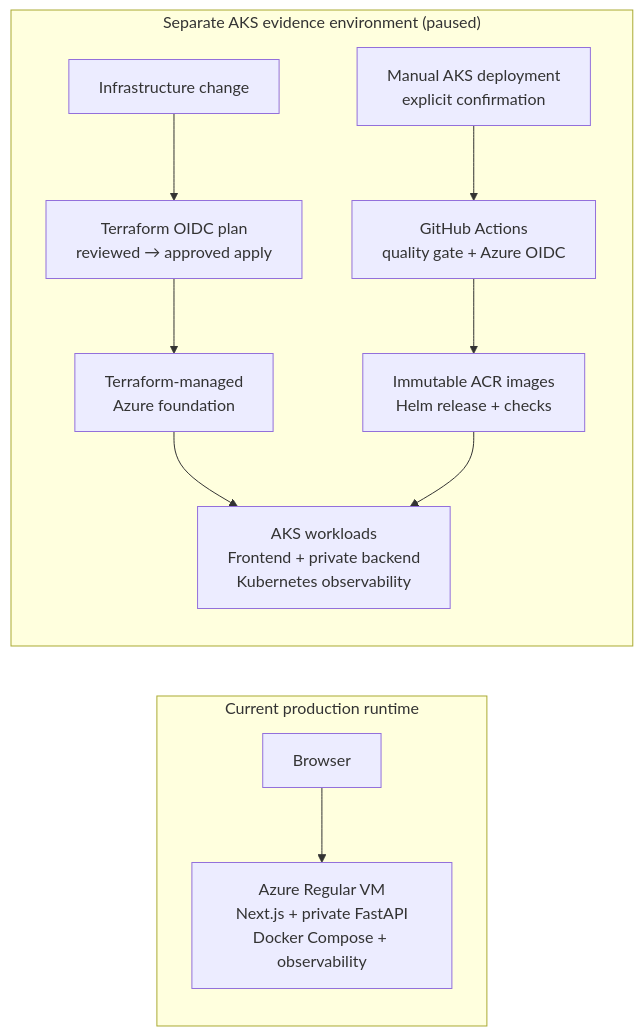
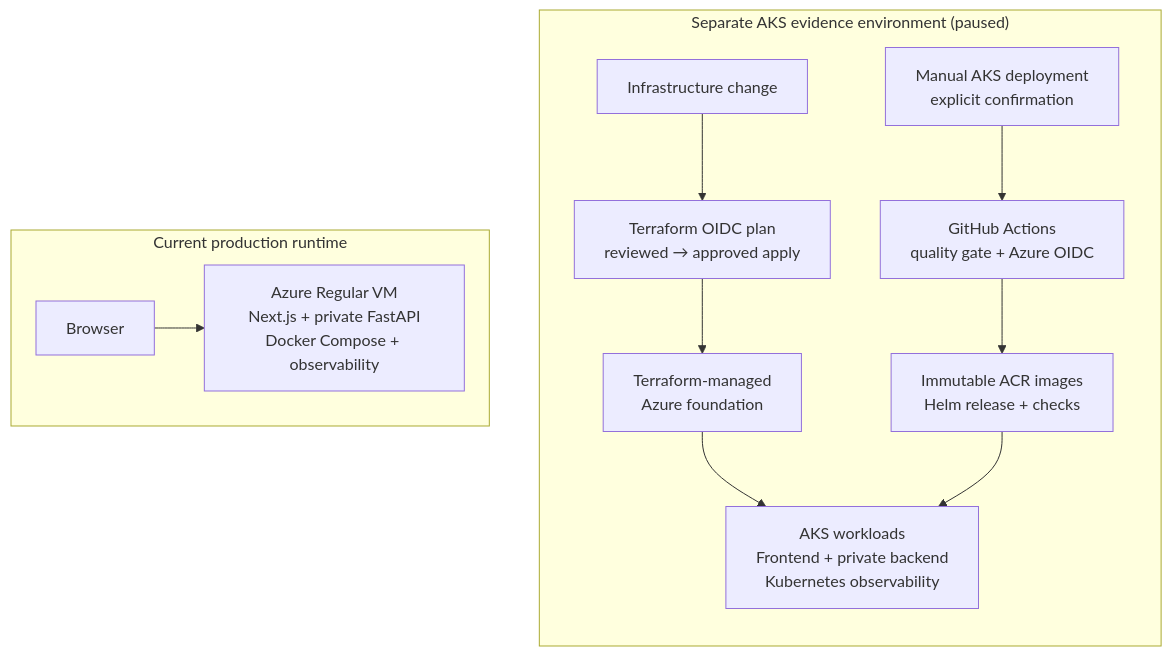
One commit to hzzcoding/SlowChrome-Showcase changed the diagram in README.md. Above: the diagram before and after it, drawn with Mermaid.

Commit message:
docs: align README architecture lanes

````diff
--- a/README.md
+++ b/README.md
@@ -62,16 +62,18 @@
 ```mermaid
 flowchart LR
     subgraph production["Current production runtime"]
         browser["Browser"] --> vm["Azure Regular VM\nNext.js + private FastAPI\nDocker Compose + observability"]
     end
 
     subgraph evidence["Separate AKS evidence environment (paused)"]
         direction TB
         change["Infrastructure change"] --> plan["Terraform OIDC plan\nreviewed → approved apply"]
         plan --> foundation["Terraform-managed\nAzure foundation"]
         manual["Manual AKS deployment\nexplicit confirmation"] --> delivery["GitHub Actions\nquality gate + Azure OIDC"]
         delivery --> release["Immutable ACR images\nHelm release + checks"]
         foundation --> aks["AKS workloads\nFrontend + private backend\nKubernetes observability"]
         release --> aks
     end
+
+    vm ~~~ change
 ```
````
